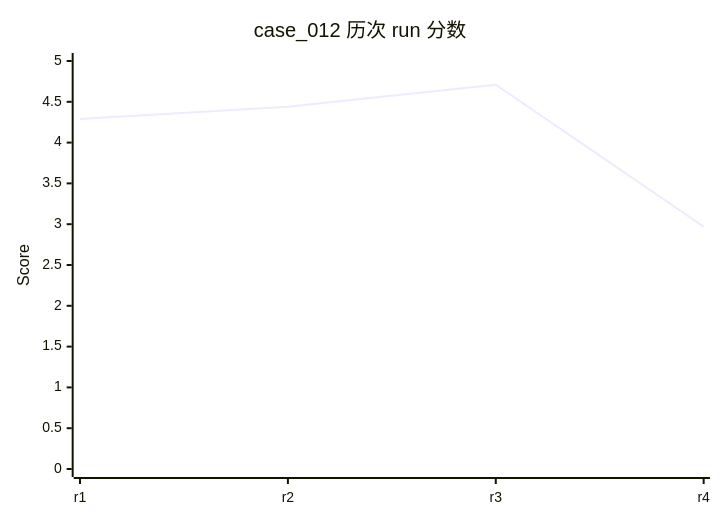
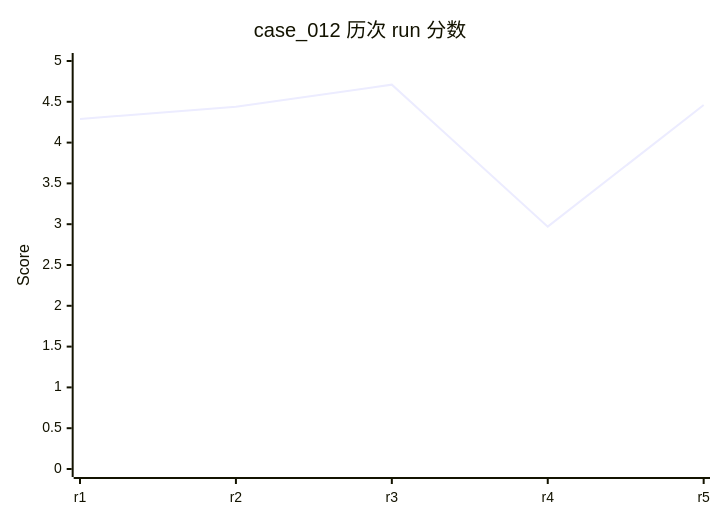
One commit to rushengzhou/sid-code changed diagram 17 of 58 in evals/DASHBOARD.md. Above: the diagram before and after it, drawn with Mermaid. The commit also changed other lines of this file and 53 other files, not shown here.

````diff
--- a/evals/DASHBOARD.md
+++ b/evals/DASHBOARD.md
@@ -406,7 +407,7 @@
 ```mermaid
 xychart-beta
     title "case_012 历次 run 分数"
-    x-axis [r1, r2, r3, r4]
+    x-axis [r1, r2, r3, r4, r5]
     y-axis "Score" 0 --> 5
-    line [4.29, 4.44, 4.71, 2.97]
+    line [4.29, 4.44, 4.71, 2.97, 4.46]
 ```
````
